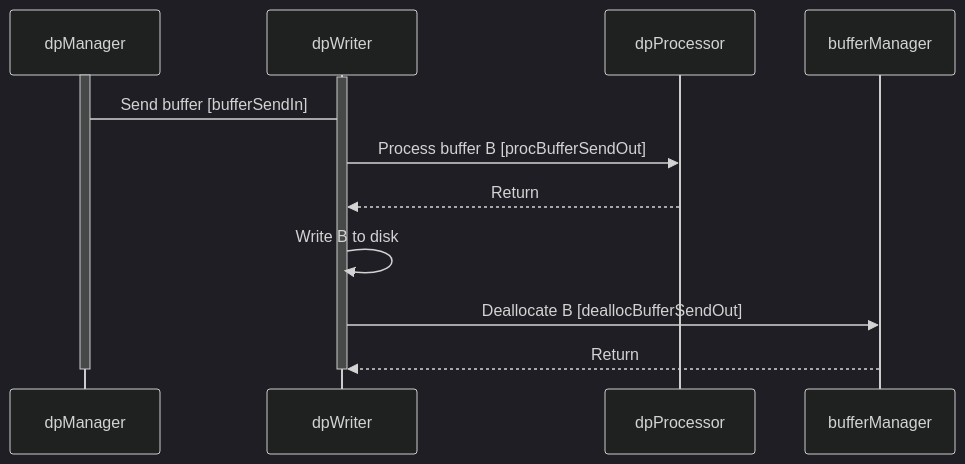
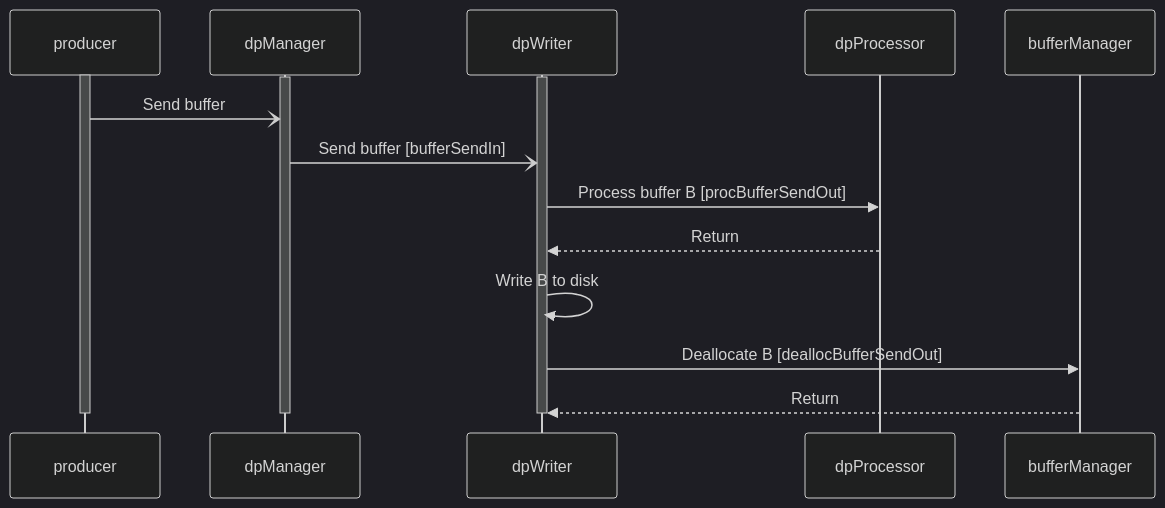
One commit to bocchino/fprime changed the diagram in Svc/DpWriter/docs/sdd.md. Above: the diagram before and after it, drawn with Mermaid (dark theme). The commit also changed other lines of this file and 2 other files, not shown here.

Commit message:
Revise DpWriter SDD

````diff
--- a/Svc/DpWriter/docs/sdd.md
+++ b/Svc/DpWriter/docs/sdd.md
@@ -173,13 +175,16 @@
 ```mermaid
 sequenceDiagram
+    activate producer
     activate dpManager
     activate dpWriter
-    dpManager->dpWriter: Send buffer [bufferSendIn]
+    producer-)dpManager: Send buffer
+    dpManager-)dpWriter: Send buffer [bufferSendIn]
     dpWriter->>dpProcessor: Process buffer B [procBufferSendOut]
     dpProcessor-->>dpWriter: Return
     dpWriter->>dpWriter: Write B to disk
     dpWriter->>bufferManager: Deallocate B [deallocBufferSendOut]
     bufferManager-->>dpWriter: Return
     deactivate dpWriter
     deactivate dpManager
+    deactivate producer
 ```
````
